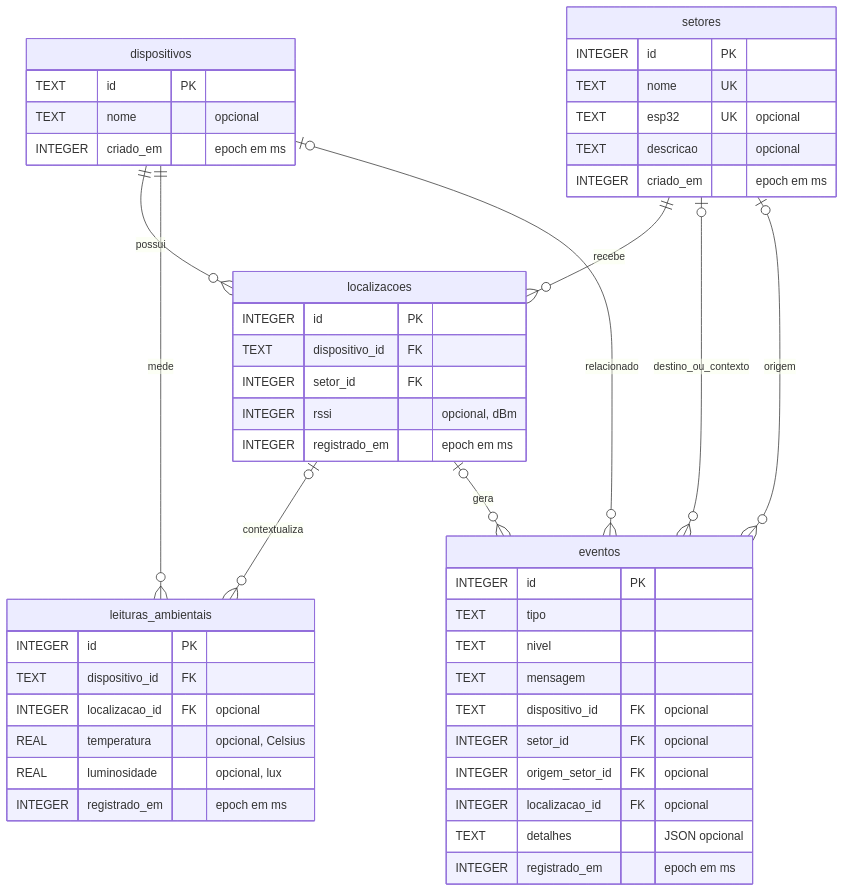
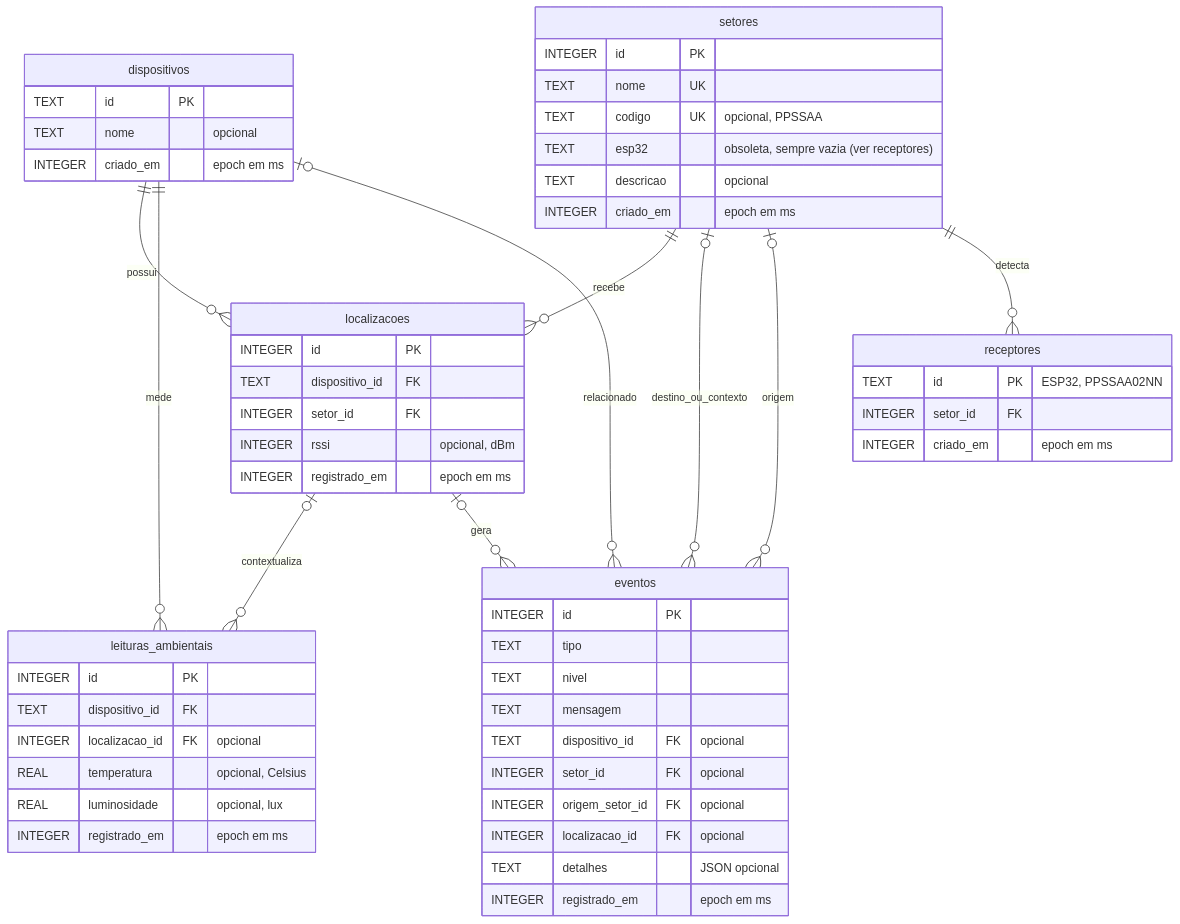
Before and after one commit to giovanapiazza/AquiIoT: the diagram in docs/database.md, drawn with Mermaid. The commit also changed other lines of this file and 71 other files, not shown here.

````diff
--- a/docs/database.md
+++ b/docs/database.md
@@ -43,51 +43,58 @@
 ```mermaid
 erDiagram
     dispositivos ||--o{ localizacoes : possui
     setores ||--o{ localizacoes : recebe
     dispositivos ||--o{ leituras_ambientais : mede
     localizacoes o|--o{ leituras_ambientais : contextualiza
     dispositivos o|--o{ eventos : relacionado
     setores o|--o{ eventos : destino_ou_contexto
     setores o|--o{ eventos : origem
+    setores ||--o{ receptores : detecta
     localizacoes o|--o{ eventos : gera
 
     dispositivos {
         TEXT id PK
         TEXT nome "opcional"
         INTEGER criado_em "epoch em ms"
     }
     setores {
         INTEGER id PK
         TEXT nome UK
-        TEXT esp32 UK "opcional"
+        TEXT codigo UK "opcional, PPSSAA"
+        TEXT esp32 "obsoleta, sempre vazia (ver receptores)"
         TEXT descricao "opcional"
+        INTEGER criado_em "epoch em ms"
+    }
+    receptores {
+        TEXT id PK "ESP32, PPSSAA02NN"
+        INTEGER setor_id FK
         INTEGER criado_em "epoch em ms"
     }
     localizacoes {
         INTEGER id PK
         TEXT dispositivo_id FK
         INTEGER setor_id FK
         INTEGER rssi "opcional, dBm"
         INTEGER registrado_em "epoch em ms"
     }
     leituras_ambientais {
         INTEGER id PK
         TEXT dispositivo_id FK
         INTEGER localizacao_id FK "opcional"
         REAL temperatura "opcional, Celsius"
         REAL luminosidade "opcional, lux"
         INTEGER registrado_em "epoch em ms"
     }
     eventos {
         INTEGER id PK
         TEXT tipo
         TEXT nivel
         TEXT mensagem
         TEXT dispositivo_id FK "opcional"
         INTEGER setor_id FK "opcional"
         INTEGER origem_setor_id FK "opcional"
         INTEGER localizacao_id FK "opcional"
         TEXT detalhes "JSON opcional"
         INTEGER registrado_em "epoch em ms"
     }
 ```
````
